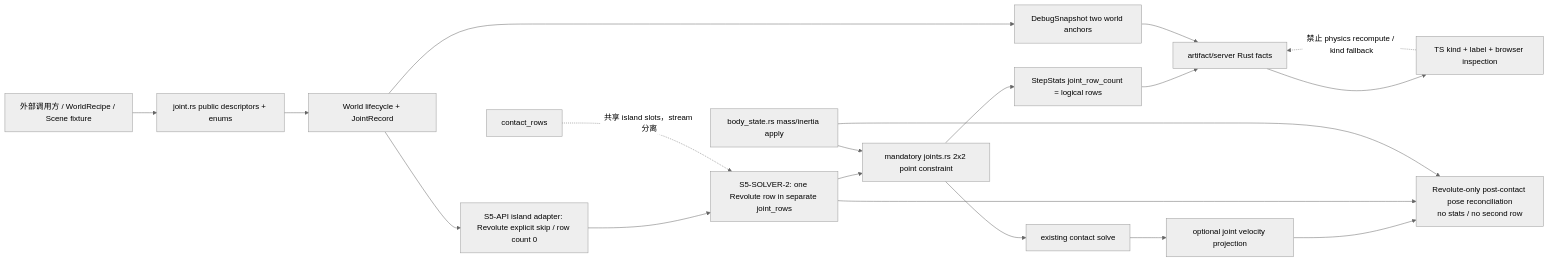
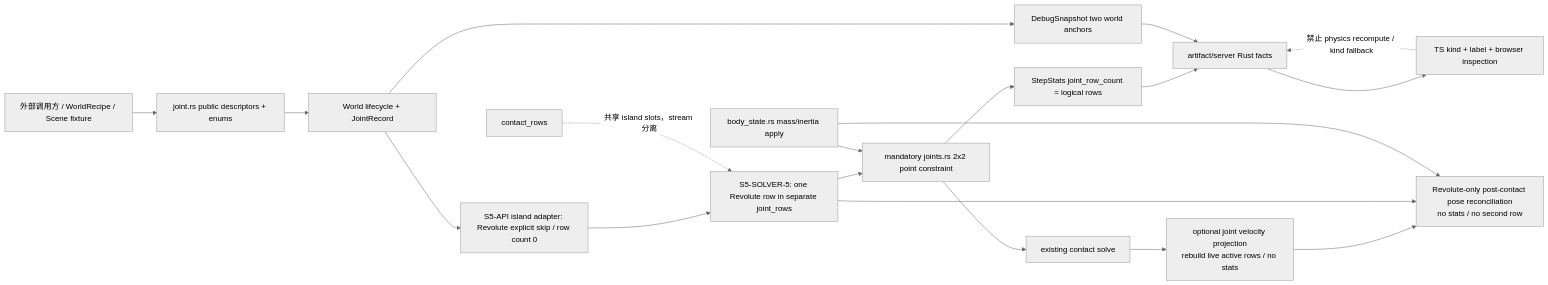
Before and after one commit to swnb/picea: the first of 2 diagrams in docs/design/2026-07-14-revolute-joint-v1-design.md, drawn with Mermaid (neutral theme). The commit also changed other lines of this file and 7 other files, not shown here.

````diff
--- a/docs/design/2026-07-14-revolute-joint-v1-design.md
+++ b/docs/design/2026-07-14-revolute-joint-v1-design.md
@@ -163,21 +197,21 @@
 ```mermaid
 flowchart LR
   Caller["外部调用方 / WorldRecipe / Scene fixture"] --> API["joint.rs public descriptors + enums"]
   API --> World["World lifecycle + JointRecord"]
   World --> ApiSkip["S5-API island adapter: Revolute explicit skip / row count 0"]
-  ApiSkip --> Island["S5-SOLVER-2: one Revolute row in separate joint_rows"]
+  ApiSkip --> Island["S5-SOLVER-5: one Revolute row in separate joint_rows"]
   Island --> JointPhase["mandatory joints.rs 2x2 point constraint"]
   BodyState["body_state.rs mass/inertia apply"] --> JointPhase
   JointPhase --> Stats["StepStats joint_row_count = logical rows"]
   JointPhase --> ContactPhase["existing contact solve"]
-  ContactPhase --> Projection["optional joint velocity projection"]
+  ContactPhase --> Projection["optional joint velocity projection<br/>rebuild live active rows / no stats"]
   Projection --> Reconcile["Revolute-only post-contact pose reconciliation<br/>no stats / no second row"]
   Island --> Reconcile
   BodyState --> Reconcile
   World --> Debug["DebugSnapshot two world anchors"]
   Stats --> Lab["artifact/server Rust facts"]
   Debug --> Lab
   Lab --> Web["TS kind + label + browser inspection"]
   Web -. "禁止 physics recompute / kind fallback" .-> Lab
   Contact["contact_rows"] -. "共享 island slots，stream 分离" .-> Island
 ```
````
